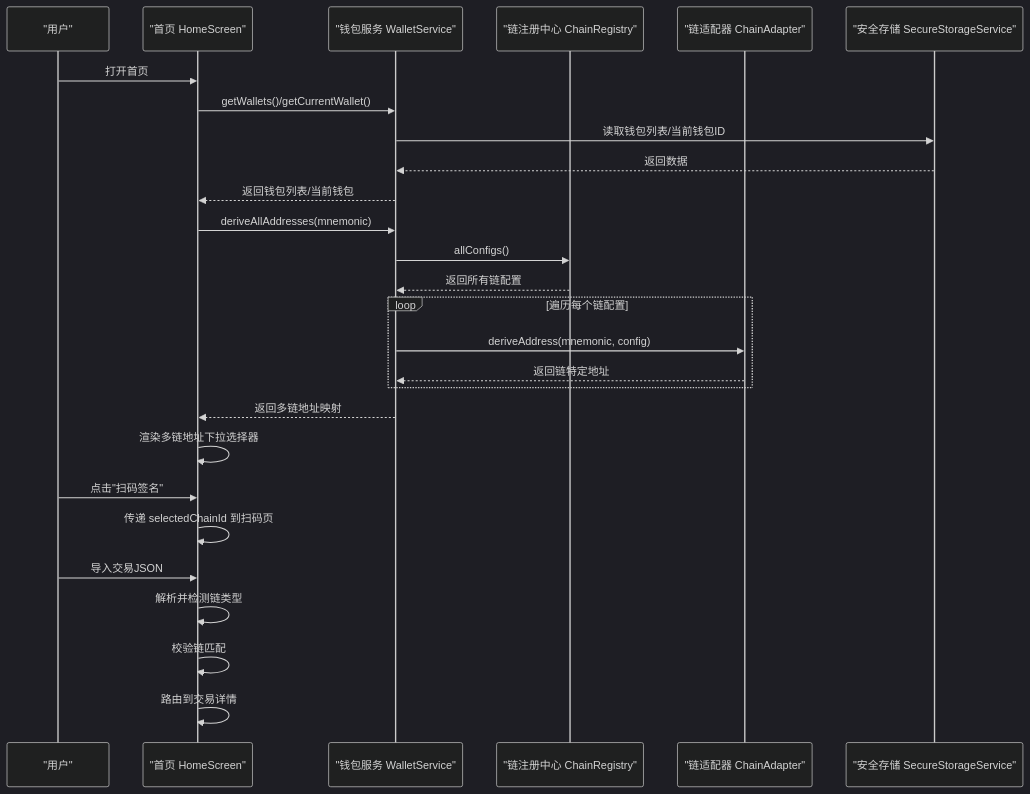
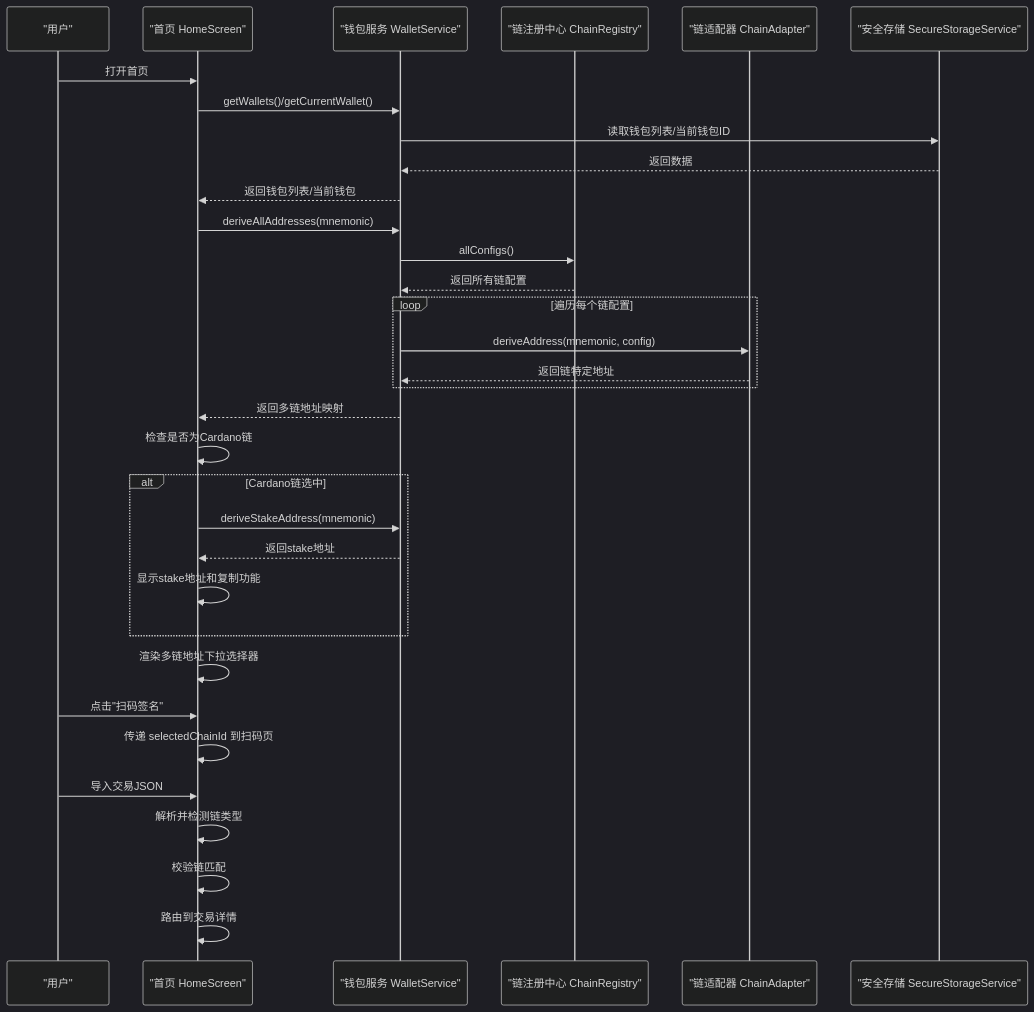
The second of 4 diagrams in .qoder/repowiki/zh/content/用户界面/冷钱包App界面/首页界面.md (EqualToEthan/stasis), drawn with Mermaid (dark theme) before and after one commit. The commit also changed other lines of this file and 60 other files, not shown here.

````diff
--- a/.qoder/repowiki/zh/content/用户界面/冷钱包App界面/首页界面.md
+++ b/.qoder/repowiki/zh/content/用户界面/冷钱包App界面/首页界面.md
@@ -116,29 +123,35 @@
 ```mermaid
 sequenceDiagram
 participant U as "用户"
 participant H as "首页 HomeScreen"
 participant WS as "钱包服务 WalletService"
 participant CR as "链注册中心 ChainRegistry"
 participant CA as "链适配器 ChainAdapter"
 participant SS as "安全存储 SecureStorageService"
 U->>H : 打开首页
 H->>WS : getWallets()/getCurrentWallet()
 WS->>SS : 读取钱包列表/当前钱包ID
 SS-->>WS : 返回数据
 WS-->>H : 返回钱包列表/当前钱包
 H->>WS : deriveAllAddresses(mnemonic)
 WS->>CR : allConfigs()
 CR-->>WS : 返回所有链配置
 loop 遍历每个链配置
 WS->>CA : deriveAddress(mnemonic, config)
 CA-->>WS : 返回链特定地址
 end
 WS-->>H : 返回多链地址映射
+H->>H : 检查是否为Cardano链
+alt Cardano链选中
+H->>WS : deriveStakeAddress(mnemonic)
+WS-->>H : 返回stake地址
+H->>H : 显示stake地址和复制功能
+end
 H->>H : 渲染多链地址下拉选择器
 U->>H : 点击"扫码签名"
 H->>H : 传递 selectedChainId 到扫码页
 U->>H : 导入交易JSON
 H->>H : 解析并检测链类型
 H->>H : 校验链匹配
 H->>H : 路由到交易详情
 ```
````
